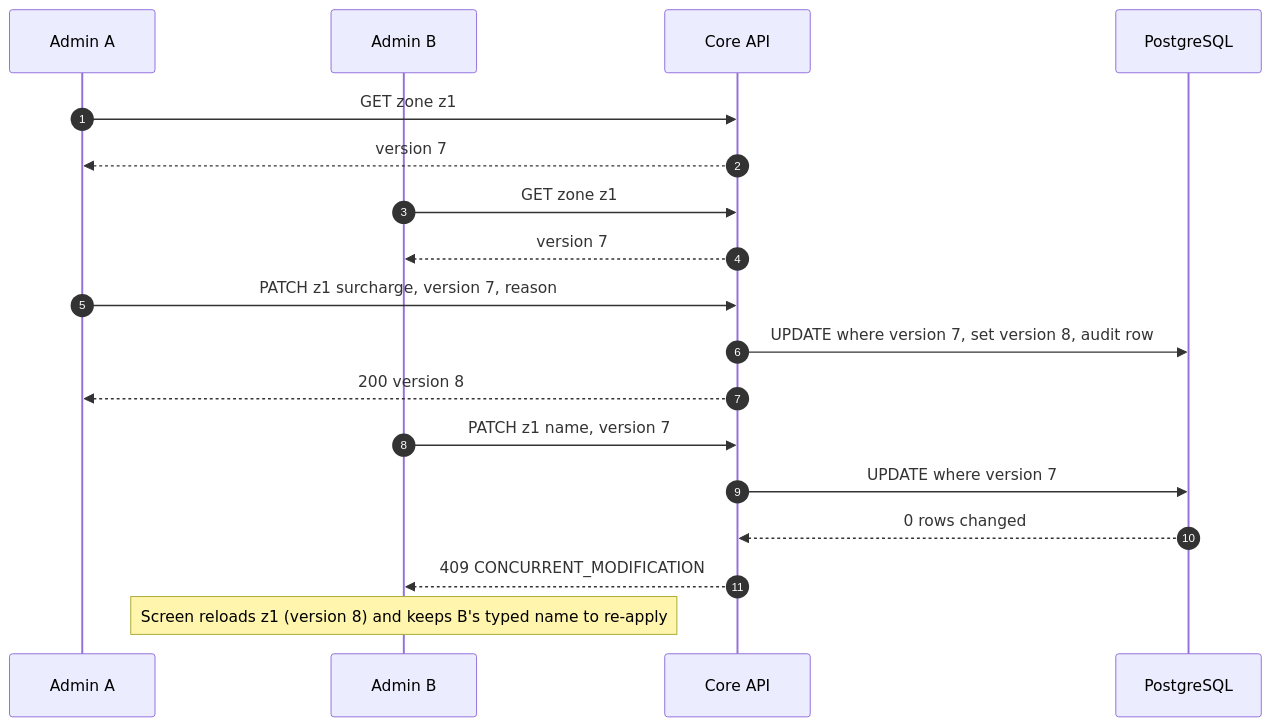
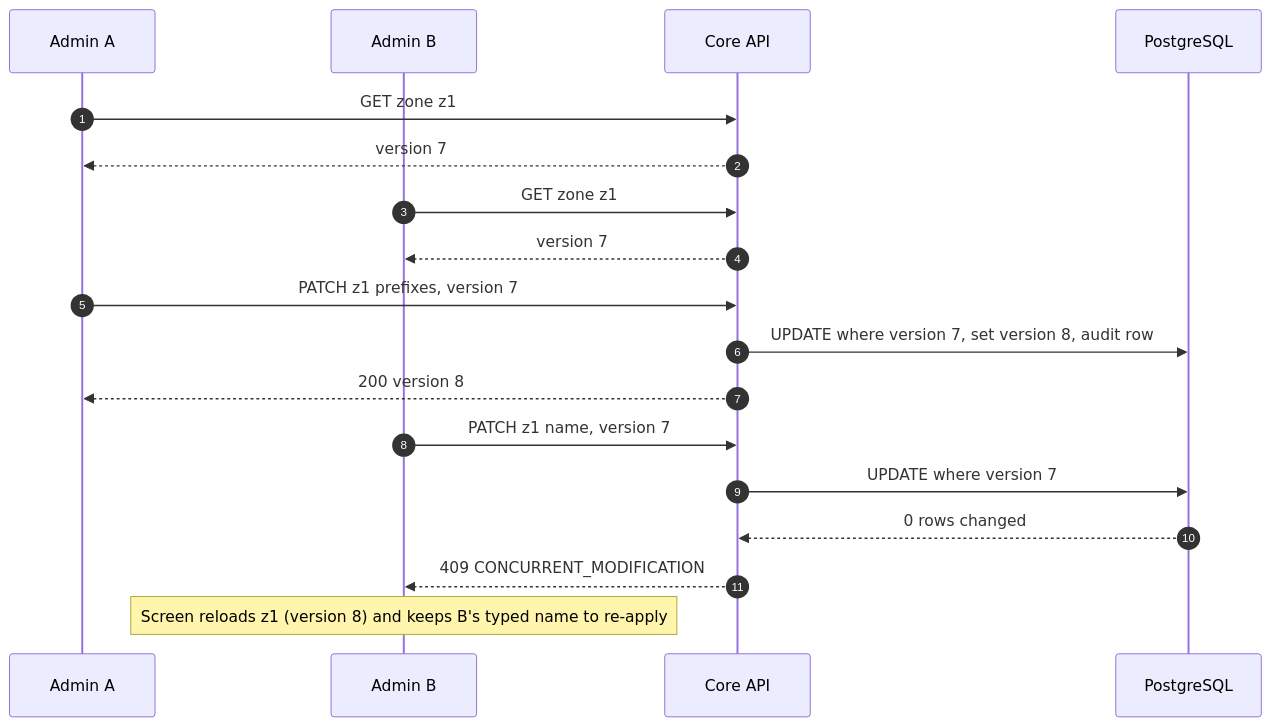
One commit to phantomTroupeEAD/SwiftDrop changed the sixth of 8 diagrams in docs/drafts/member-07-dispatcher-admin-web-gateway/doc-07-security-failure-and-recovery.md. Above: the diagram before and after it, drawn with Mermaid. The commit also changed other lines of this file and 125 other files, not shown here.

````diff
--- a/docs/drafts/member-07-dispatcher-admin-web-gateway/doc-07-security-failure-and-recovery.md
+++ b/docs/drafts/member-07-dispatcher-admin-web-gateway/doc-07-security-failure-and-recovery.md
@@ -456,20 +468,20 @@
 ```mermaid
 sequenceDiagram
     autonumber
     participant A as Admin A
     participant B as Admin B
     participant API as Core API
     participant DB as PostgreSQL
     A->>API: GET zone z1
     API-->>A: version 7
     B->>API: GET zone z1
     API-->>B: version 7
-    A->>API: PATCH z1 surcharge, version 7, reason
+    A->>API: PATCH z1 prefixes, version 7
     API->>DB: UPDATE where version 7, set version 8, audit row
     API-->>A: 200 version 8
     B->>API: PATCH z1 name, version 7
     API->>DB: UPDATE where version 7
     DB-->>API: 0 rows changed
     API-->>B: 409 CONCURRENT_MODIFICATION
     Note over B: Screen reloads z1 (version 8) and keeps B's typed name to re-apply
 ```
````
